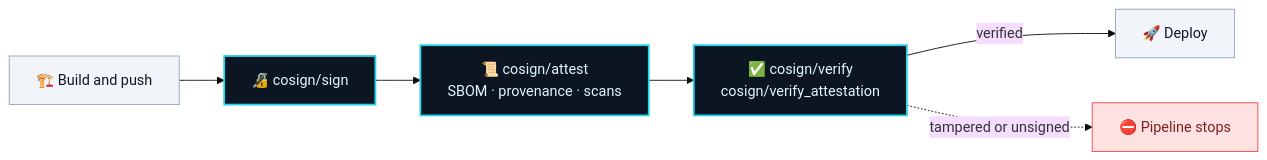
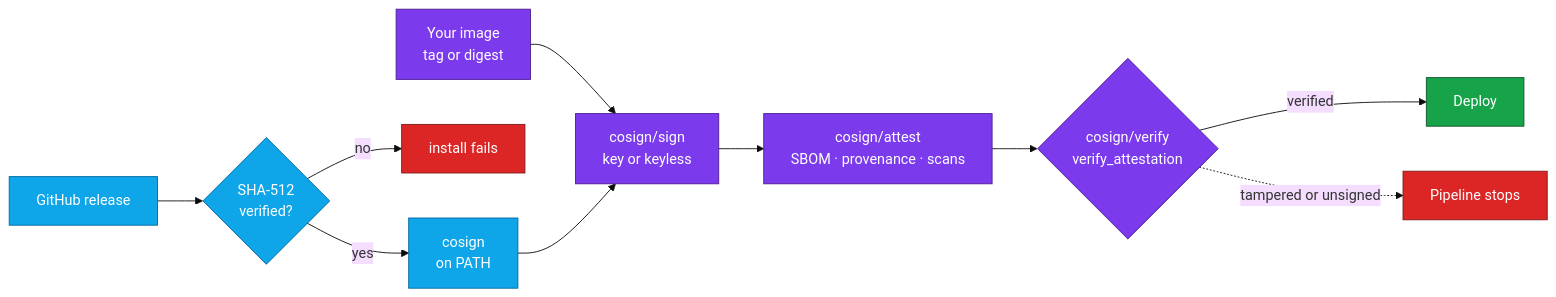
Before and after one commit to juburr/cosign-orb: the diagram in README.md, drawn with Mermaid (base theme). The commit also changed other lines of this file, not shown here.

First line of the commit message:
docs: restructure the README to the shared orb layout (#57)

````diff
--- a/README.md
+++ b/README.md
@@ -50,15 +90,21 @@
 ```mermaid
 flowchart LR
-    build["🏗️ Build and push"] --> sign["🔏 cosign/sign"]
-    sign --> attest["📜 cosign/attest<br/>SBOM · provenance · scans"]
-    attest --> verify["✅ cosign/verify<br/>cosign/verify_attestation"]
-    verify -->|verified| deploy["🚀 Deploy"]
-    verify -.->|tampered or unsigned| stop["⛔ Pipeline stops"]
+    gh["GitHub release"] --> sha{"SHA-512<br/>verified?"}
+    sha -- yes --> bin["cosign<br/>on PATH"]
+    sha -- no --> fail["install fails"]
+    img["Your image<br/>tag or digest"] --> sign["cosign/sign<br/>key or keyless"]
+    bin --> sign
+    sign --> attest["cosign/attest<br/>SBOM · provenance · scans"]
+    attest --> verify{"cosign/verify<br/>verify_attestation"}
+    verify -->|verified| deploy["Deploy"]
+    verify -.->|tampered or unsigned| stop["Pipeline stops"]
 
-    classDef orb fill:#0B1622,stroke:#22D3EE,stroke-width:2px,color:#E0F7FF
-    classDef step fill:#F1F5F9,stroke:#94A3B8,color:#0F172A
-    classDef fail fill:#FEE2E2,stroke:#EF4444,color:#7F1D1D
-    class sign,attest,verify orb
-    class build,deploy step
-    class stop fail
+    classDef install fill:#0EA5E9,stroke:#0369A1,color:#FFFFFF
+    classDef tool fill:#7C3AED,stroke:#4C1D95,color:#FFFFFF
+    classDef good fill:#16A34A,stroke:#14532D,color:#FFFFFF
+    classDef bad fill:#DC2626,stroke:#7F1D1D,color:#FFFFFF
+    class gh,sha,bin install
+    class img,sign,attest,verify tool
+    class deploy good
+    class fail,stop bad
 ```
````
